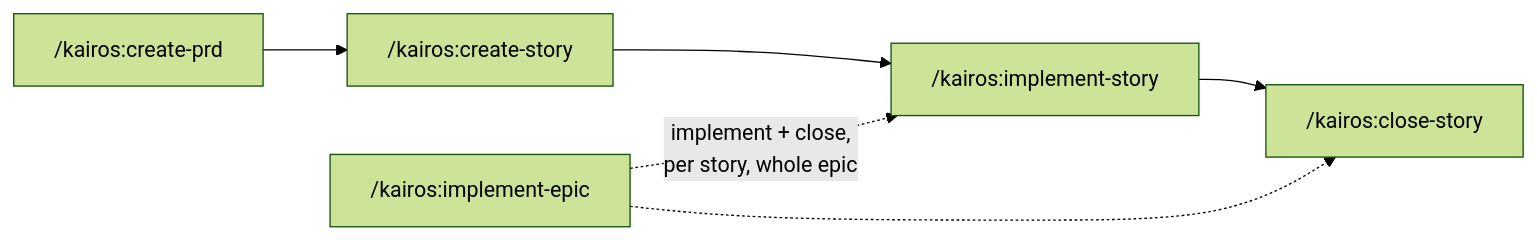
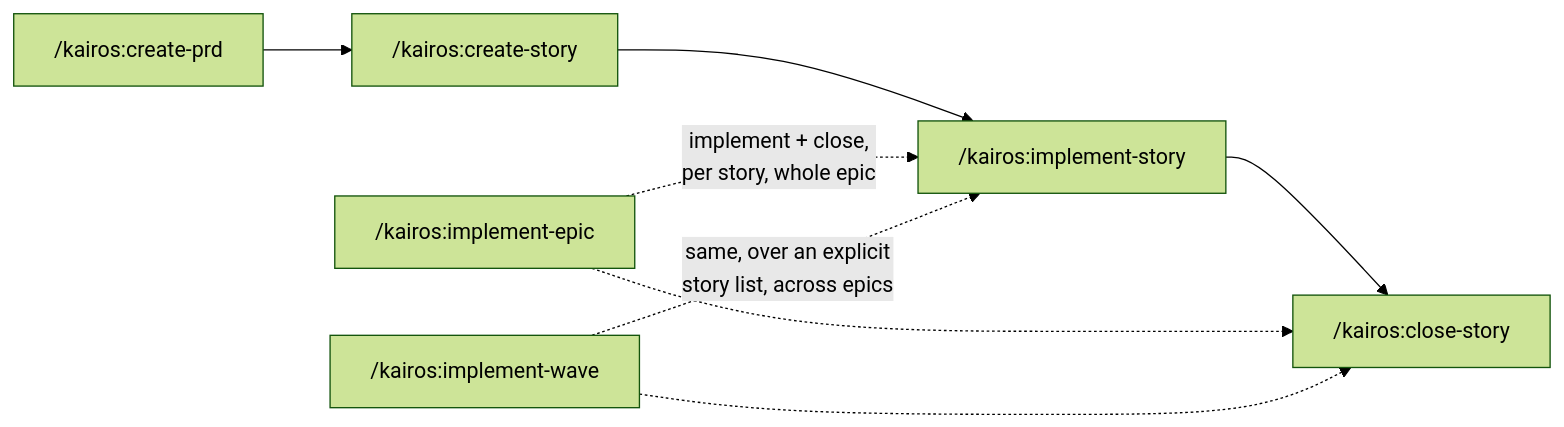
Before and after one commit to sylvain-artois/kairos-claude-code-workflow: the diagram in README.md, drawn with Mermaid (forest theme). The commit also changed other lines of this file and 9 other files, not shown here.

First line of the commit message:
feat: trace stories to host requirements, run waves across epics

````diff
--- a/README.md
+++ b/README.md
@@ -36,8 +36,10 @@
 ```mermaid
 flowchart LR
     A["/kairos:create-prd"] --> B["/kairos:create-story"]
     B --> C["/kairos:implement-story"]
     C --> D["/kairos:close-story"]
     E["/kairos:implement-epic"] -. "implement + close,<br/>per story, whole epic" .-> C
     E -.-> D
+    F["/kairos:implement-wave"] -. "same, over an explicit<br/>story list, across epics" .-> C
+    F -.-> D
 ```
````
